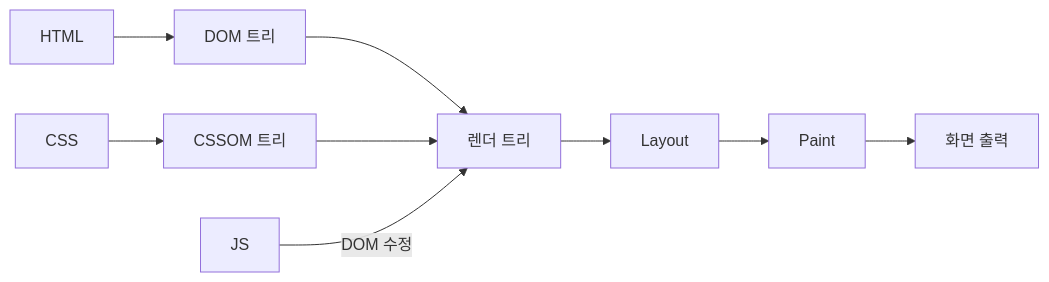
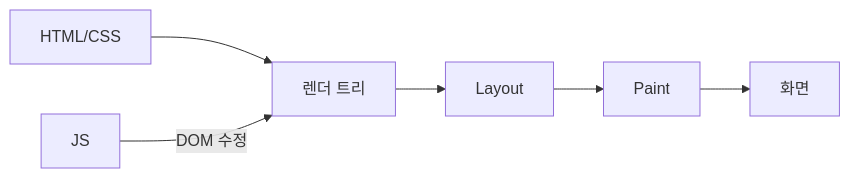
Before and after one commit to yjkim2015/yjkim2015.github.io: the first of 8 diagrams in _posts/frontend/2026-05-01-browser-rendering.md, drawn with Mermaid. The commit also changed other lines of this file and 163 other files, not shown here.

First line of the commit message:
Mermaid 300개 블록 내용 축소: 5노드 5엣지 이하, 의미 있는 약어

````diff
--- a/_posts/frontend/2026-05-01-browser-rendering.md
+++ b/_posts/frontend/2026-05-01-browser-rendering.md
@@ -30,11 +30,8 @@
 ```mermaid
 flowchart LR
-    HTML["HTML"] --> DOM["DOM 트리"]
-    CSS["CSS"] --> CSSOM["CSSOM 트리"]
-    DOM --> RT["렌더 트리"]
-    CSSOM --> RT
+    HTML["HTML/CSS"] --> RT["렌더 트리"]
     JS["JS"] -->|"DOM 수정"| RT
     RT --> LAYOUT["Layout"]
     LAYOUT --> PAINT["Paint"]
-    PAINT --> SCREEN["화면 출력"]
+    PAINT --> SCREEN["화면"]
 ```
````
